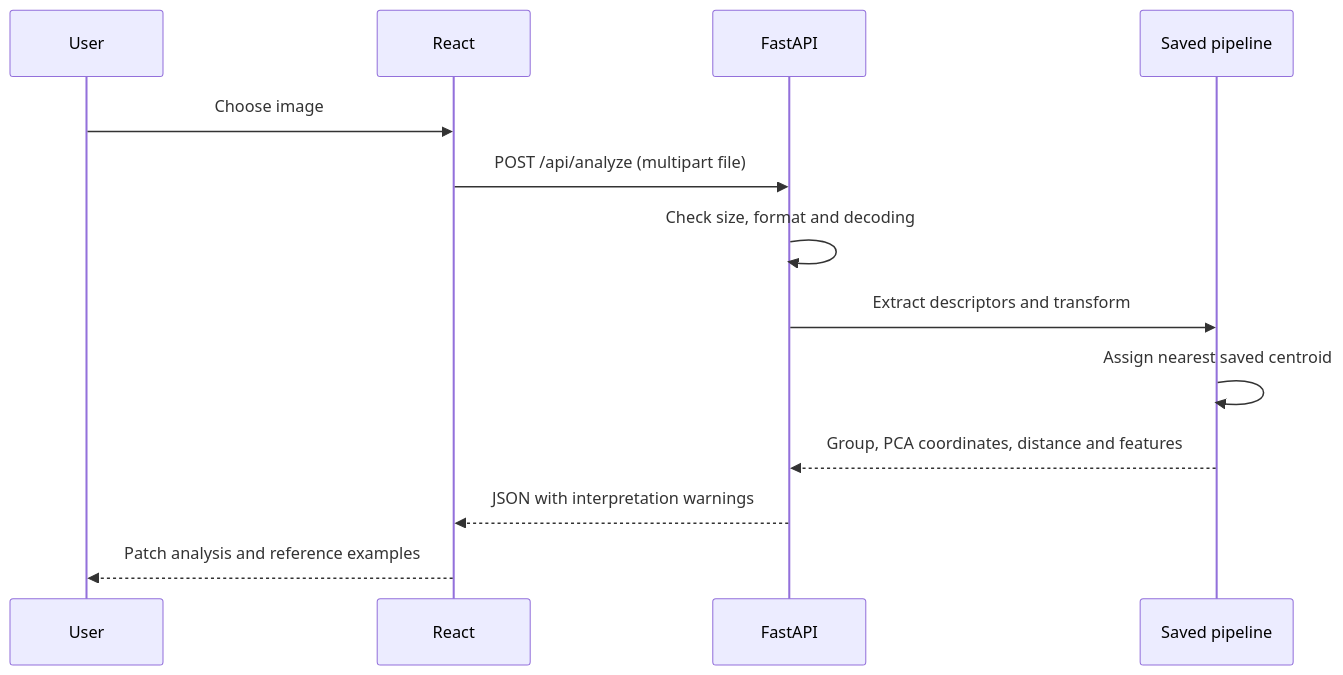
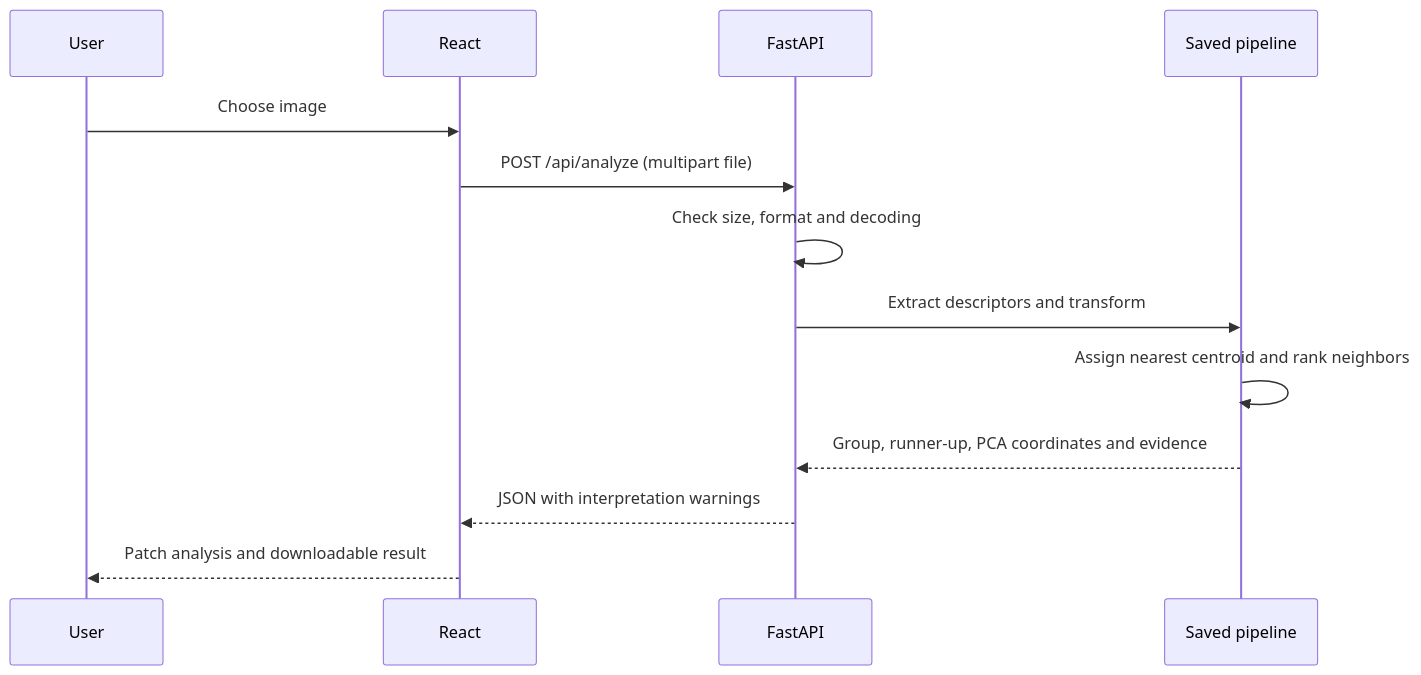
The second of 2 diagrams in docs/ARCHITECTURE.md (reshukumar8228/terralens), drawn with Mermaid before and after one commit. The commit also changed other lines of this file and 12 other files, not shown here.

````diff
--- a/docs/ARCHITECTURE.md
+++ b/docs/ARCHITECTURE.md
@@ -69,15 +70,15 @@
 ```mermaid
 sequenceDiagram
   participant U as User
   participant R as React
   participant A as FastAPI
   participant P as Saved pipeline
   U->>R: Choose image
   R->>A: POST /api/analyze (multipart file)
   A->>A: Check size, format and decoding
   A->>P: Extract descriptors and transform
-  P->>P: Assign nearest saved centroid
-  P-->>A: Group, PCA coordinates, distance and features
+  P->>P: Assign nearest centroid and rank neighbors
+  P-->>A: Group, runner-up, PCA coordinates and evidence
   A-->>R: JSON with interpretation warnings
-  R-->>U: Patch analysis and reference examples
+  R-->>U: Patch analysis and downloadable result
 ```
````
